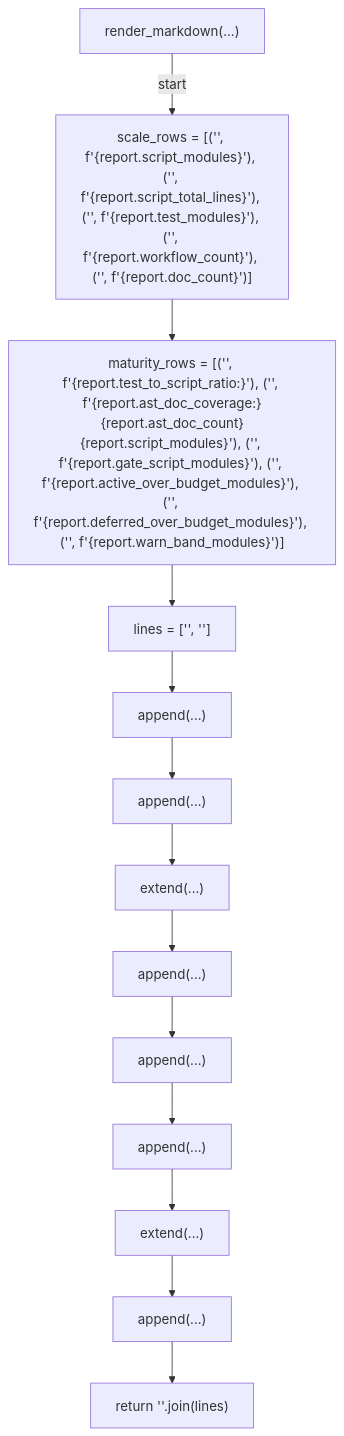
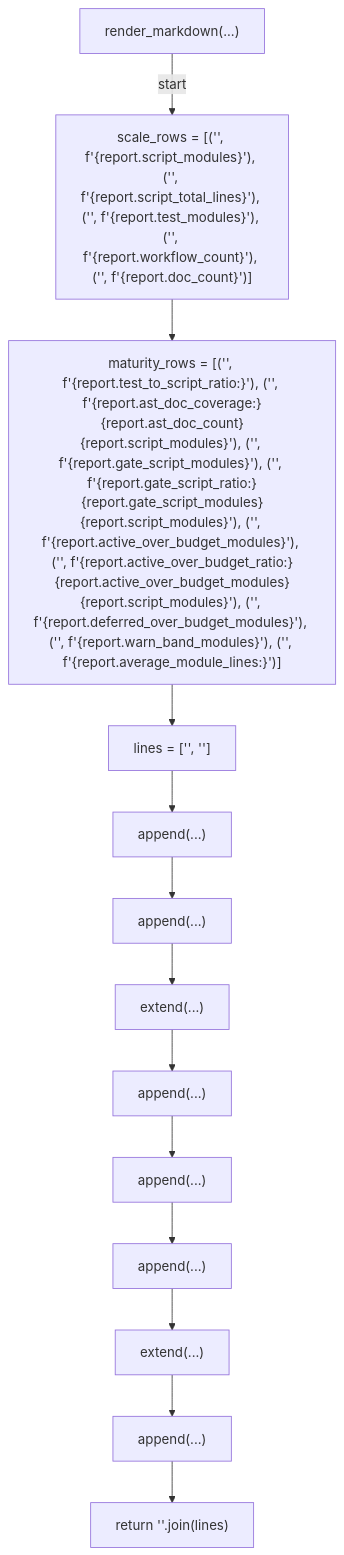
Before and after one commit to tvna/claude-md: the third of 6 diagrams in docs/generated/scripts/ast/codebase_maturity_summary.md, drawn with Mermaid.

Commit message:
docs(generated): regenerate decision tree and workflow diagrams
Refs #960

````diff
--- a/docs/generated/scripts/ast/codebase_maturity_summary.md
+++ b/docs/generated/scripts/ast/codebase_maturity_summary.md
@@ -43,28 +43,28 @@
 ```mermaid
 flowchart TD
     N001["render_markdown(...)"]
     N002["scale_rows = [('<str>', f'{report.script_modules}'), ('<str>', f'{report.script_total_lines}'), ('<str>', f'{report.test_modules}'), ('<str>', f'{report.workflow_count}'), ('<str>', f'{report.doc_count}')]"]
-    N003["maturity_rows = [('<str>', f'{report.test_to_script_ratio:<str>}'), ('<str>', f'{report.ast_doc_coverage:<str>}<str>{report.ast_doc_count}<str>{report.script_modules}<str>'), ('<str>', f'{report.gate_script_modules}'), ('<str>', f'{report.active_over_budget_modules}'), ('<str>', f'{report.deferred_over_budget_modules}'), ('<str>', f'{report.warn_band_modules}')]"]
+    N003["maturity_rows = [('<str>', f'{report.test_to_script_ratio:<str>}'), ('<str>', f'{report.ast_doc_coverage:<str>}<str>{report.ast_doc_count}<str>{report.script_modules}<str>'), ('<str>', f'{report.gate_script_modules}'), ('<str>', f'{report.gate_script_ratio:<str>}<str>{report.gate_script_modules}<str>{report.script_modules}<str>'), ('<str>', f'{report.active_over_budget_modules}'), ('<str>', f'{report.active_over_budget_ratio:<str>}<str>{report.active_over_budget_modules}<str>{report.script_modules}<str>'), ('<str>', f'{report.deferred_over_budget_modules}'), ('<str>', f'{report.warn_band_modules}'), ('<str>', f'{report.average_module_lines:<str>}')]"]
     N004["lines = ['<str>', '<str>']"]
     N005["append(...)"]
     N006["append(...)"]
     N007["extend(...)"]
     N008["append(...)"]
     N009["append(...)"]
     N010["append(...)"]
     N011["extend(...)"]
     N012["append(...)"]
     N013["return '<str>'.join(lines)"]
     N001 -->|"start"| N002
     N002 --> N003
     N003 --> N004
     N004 --> N005
     N005 --> N006
     N006 --> N007
     N007 --> N008
     N008 --> N009
     N009 --> N010
     N010 --> N011
     N011 --> N012
     N012 --> N013
 ```
````
